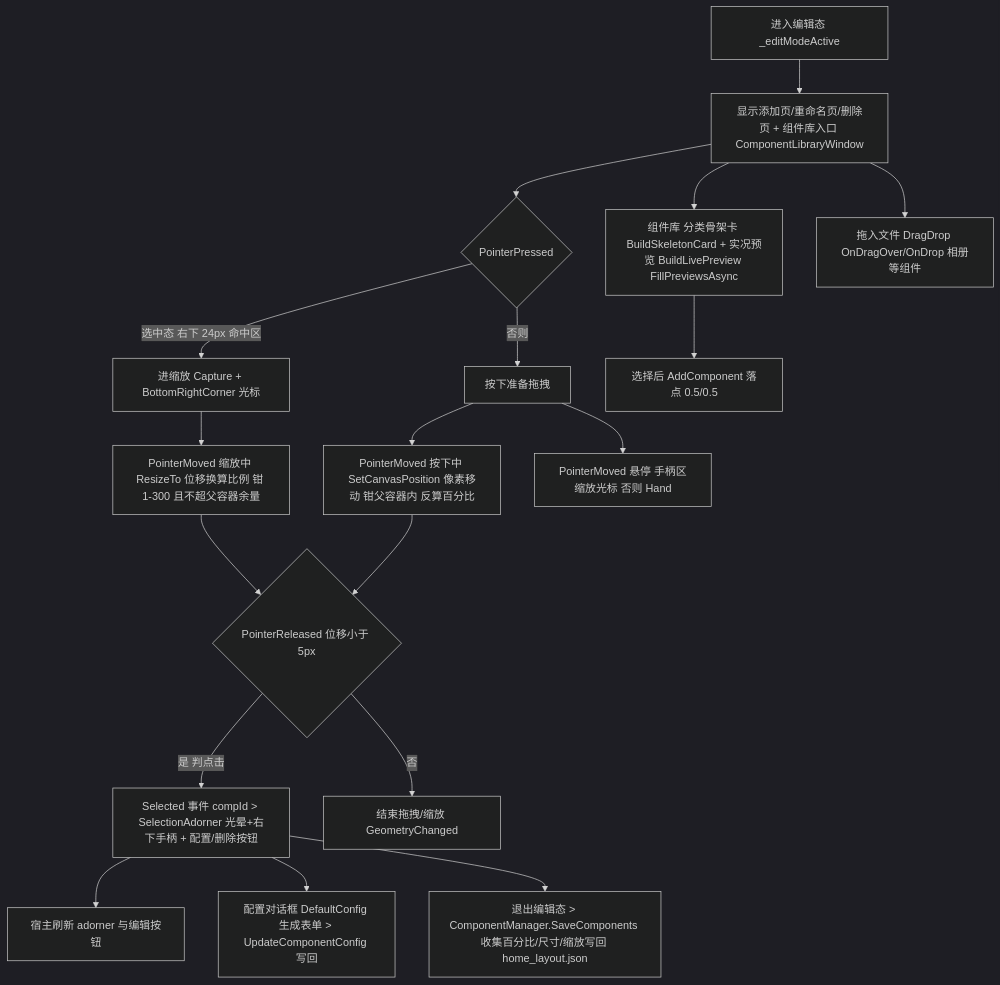
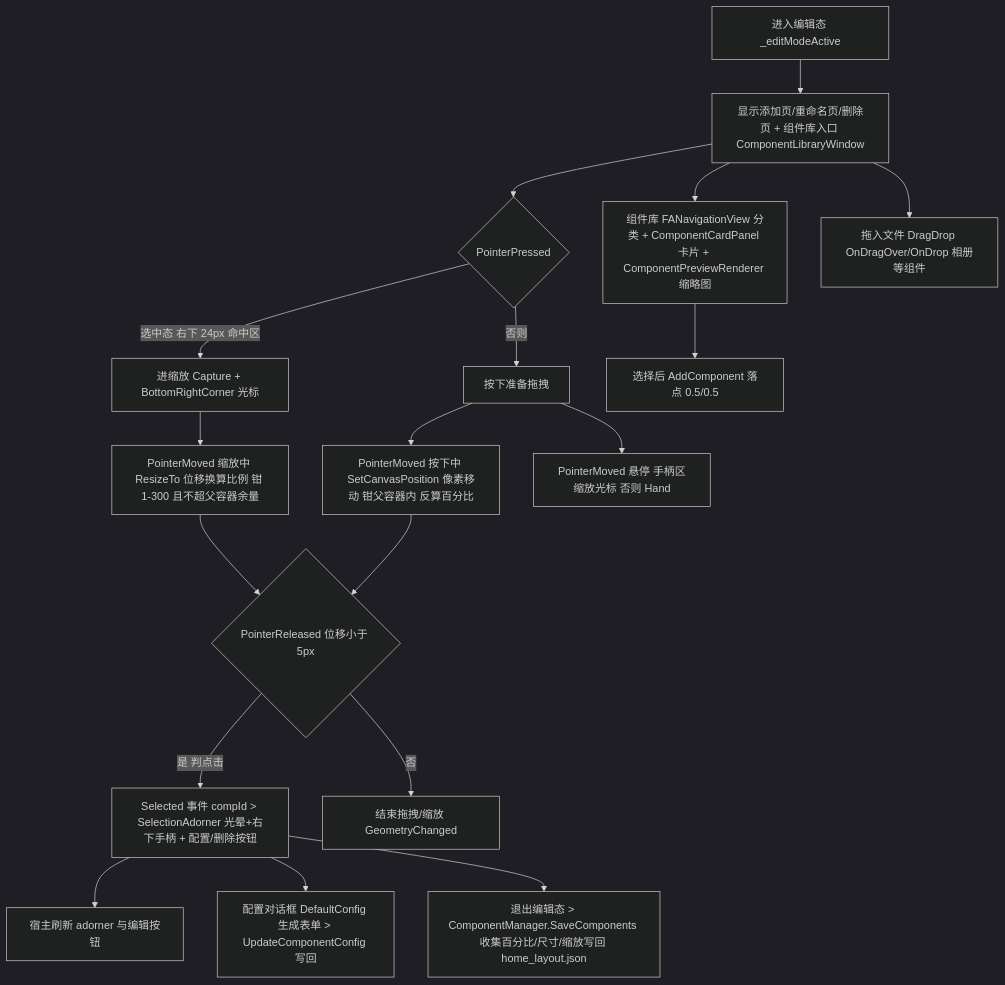
Before and after one commit to HelloGaoo/Glimpseon: the second of 2 diagrams in app-1.0.0/docs/component-system.md, drawn with Mermaid (dark theme). The commit also changed other lines of this file and 39 other files, not shown here.

````diff
--- a/app-1.0.0/docs/component-system.md
+++ b/app-1.0.0/docs/component-system.md
@@ -144,20 +144,20 @@
 ```mermaid
 flowchart TD
     A["进入编辑态 _editModeActive"] --> B["显示添加页/重命名页/删除页 + 组件库入口 ComponentLibraryWindow"]
     B --> C{"PointerPressed"}
     C -->|"选中态 右下 24px 命中区"| D["进缩放 Capture + BottomRightCorner 光标"]
     C -->|"否则"| E["按下准备拖拽"]
     D --> F["PointerMoved 缩放中 ResizeTo 位移换算比例 钳 1-300 且不超父容器余量"]
     E --> G["PointerMoved 按下中 SetCanvasPosition 像素移动 钳父容器内 反算百分比"]
     E --> H["PointerMoved 悬停 手柄区缩放光标 否则 Hand"]
     F --> I{"PointerReleased 位移小于 5px"}
     G --> I
     I -->|"是 判点击"| J["Selected 事件 compId > SelectionAdorner 光晕+右下手柄 + 配置/删除按钮"]
     I -->|"否"| K["结束拖拽/缩放 GeometryChanged"]
     J --> L["宿主刷新 adorner 与编辑按钮"]
-    B --> M["组件库 分类骨架卡 BuildSkeletonCard + 实况预览 BuildLivePreview FillPreviewsAsync"]
+    B --> M["组件库 FANavigationView 分类 + ComponentCardPanel 卡片 + ComponentPreviewRenderer 缩略图"]
     M --> N["选择后 AddComponent 落点 0.5/0.5"]
     J --> O["配置对话框 DefaultConfig 生成表单 > UpdateComponentConfig 写回"]
     B --> P["拖入文件 DragDrop OnDragOver/OnDrop 相册等组件"]
     J --> Q["退出编辑态 > ComponentManager.SaveComponents 收集百分比/尺寸/缩放写回 home_layout.json"]
 ```
````
